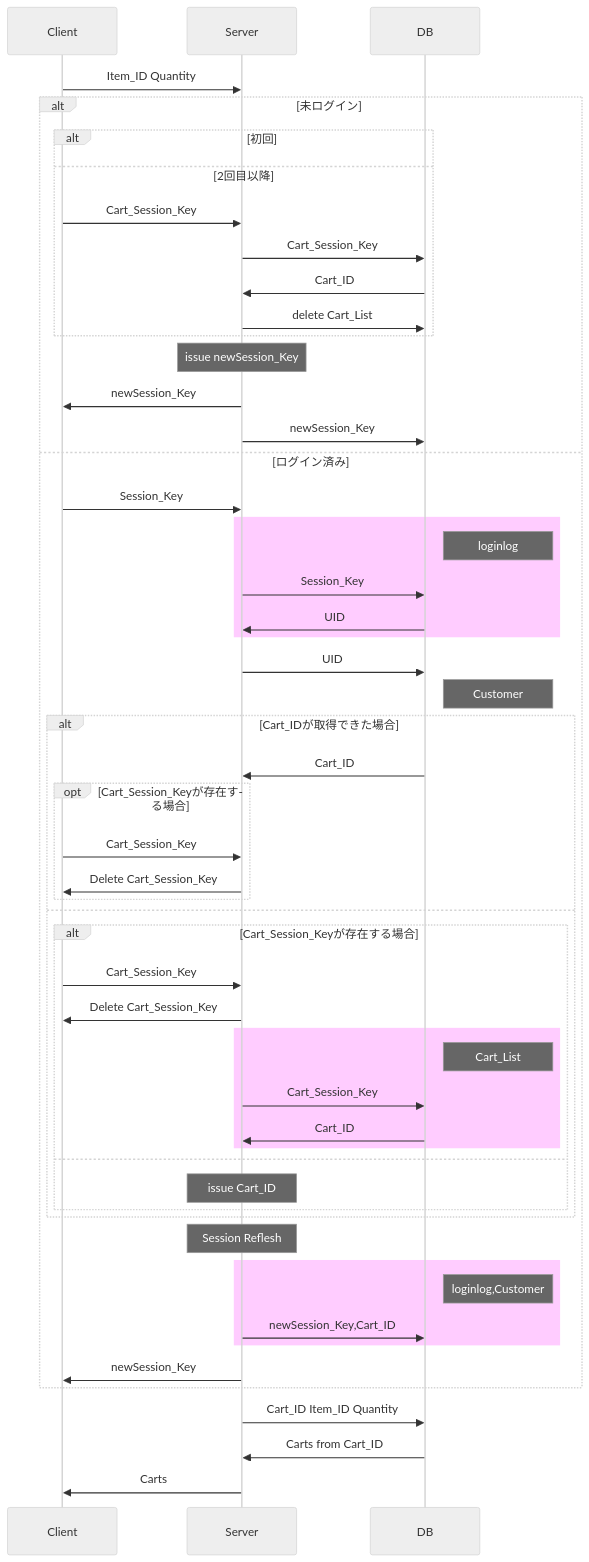
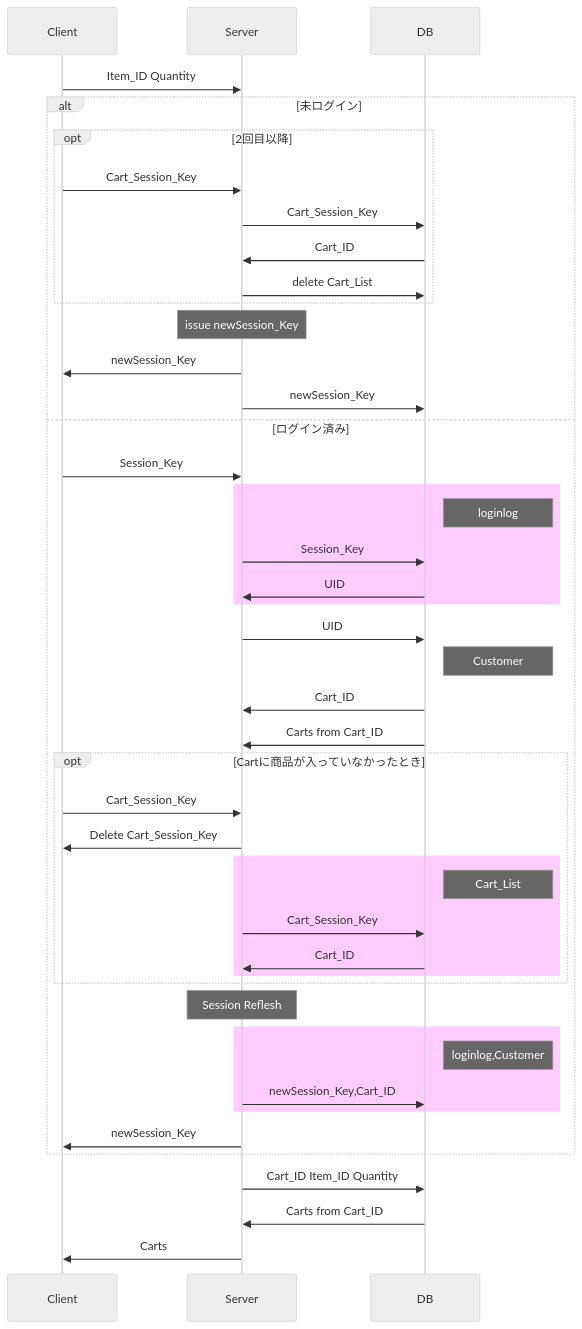
Before and after one commit to WhatACotton/CharisWorks-BackEnd: the fifth of 6 diagrams in README.md, drawn with Mermaid (neutral theme). The commit also changed other lines of this file and 19 other files, not shown here.

````diff
--- a/README.md
+++ b/README.md
@@ -86,63 +86,50 @@
 ```mermaid
 sequenceDiagram
 participant Client
 participant Server
 participant DB
 Client ->> Server:Item_ID Quantity
 alt 未ログイン
-alt 初回
-else 2回目以降
+opt 2回目以降
 Client ->> Server:Cart_Session_Key
 Server ->> DB:Cart_Session_Key
 DB ->> Server:Cart_ID　
 Server ->> DB: delete Cart_List
 end
 Note over Server:issue newSession_Key
 Server ->> Client:newSession_Key
 Server ->> DB:newSession_Key
 else ログイン済み
 Client ->> Server: Session_Key
 rect rgba(255, 0, 255, 0.2)
 Note right of DB: loginlog
 Server ->> DB: Session_Key
 DB ->> Server: UID
 end
 Server ->> DB: UID
 Note right of DB: Customer
-alt Cart_IDが取得できた場合
+DB ->> Server:Cart_ID
+DB ->> Server:Carts from Cart_ID
 
 
-DB ->> Server:Cart_ID
-opt Cart_Session_Keyが存在する場合
-
-Client ->> Server: Cart_Session_Key
-Server ->> Client: Delete Cart_Session_Key
-end
-else
-
-alt Cart_Session_Keyが存在する場合
-
+opt Cartに商品が入っていなかったとき
 Client ->> Server: Cart_Session_Key
 Server ->> Client: Delete Cart_Session_Key
 rect rgba(255, 0, 255, 0.2)
 Note right of DB: Cart_List
 Server ->> DB: Cart_Session_Key
 DB ->> Server:Cart_ID
 
-end
-
-else
-Note over Server: issue Cart_ID
 end
 end
 Note over Server: Session Reflesh
 rect rgba(255, 0, 255, 0.2)
 Note right of DB: loginlog,Customer
 Server ->> DB:newSession_Key,Cart_ID
 end
 Server ->> Client :newSession_Key
 end
 Server ->> DB:Cart_ID Item_ID Quantity
 DB ->> Server:Carts from Cart_ID
 Server ->> Client:Carts
 ```
````
